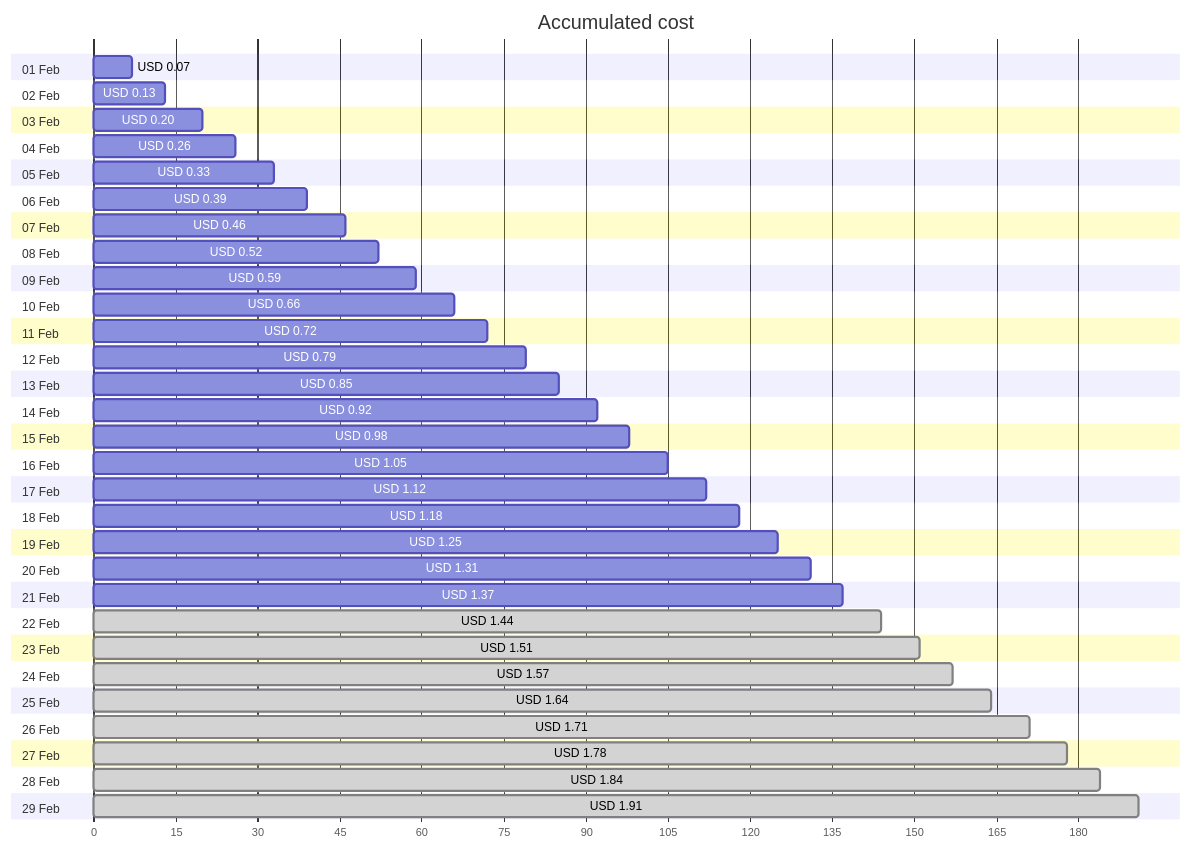
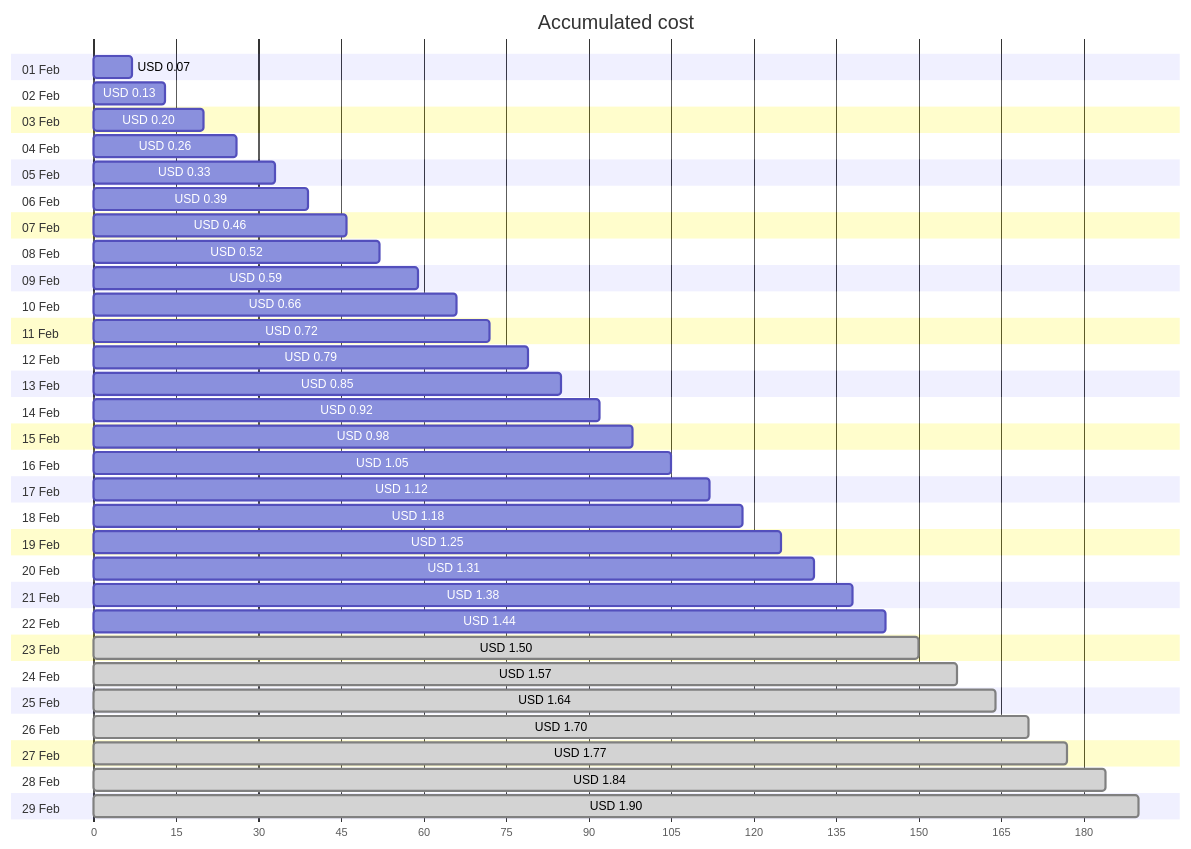
The first of 4 diagrams in cost-reports/personal-network/vpn-server_OsDisk.md (jpfulton/azure-personal-reports), drawn with Mermaid before and after one commit. The commit also changed other lines of this file and 8 other files, not shown here.

````diff
--- a/cost-reports/personal-network/vpn-server_OsDisk.md
+++ b/cost-reports/personal-network/vpn-server_OsDisk.md
@@ -20,64 +20,64 @@
 ```mermaid
 gantt
    title Accumulated cost
    dateFormat  X
    axisFormat %s
    section 01 Feb
    USD 0.07 :0, 7
    section 02 Feb
    USD 0.13 :0, 13
    section 03 Feb
    USD 0.20 :0, 20
    section 04 Feb
    USD 0.26 :0, 26
    section 05 Feb
    USD 0.33 :0, 33
    section 06 Feb
    USD 0.39 :0, 39
    section 07 Feb
    USD 0.46 :0, 46
    section 08 Feb
    USD 0.52 :0, 52
    section 09 Feb
    USD 0.59 :0, 59
    section 10 Feb
    USD 0.66 :0, 66
    section 11 Feb
    USD 0.72 :0, 72
    section 12 Feb
    USD 0.79 :0, 79
    section 13 Feb
    USD 0.85 :0, 85
    section 14 Feb
    USD 0.92 :0, 92
    section 15 Feb
    USD 0.98 :0, 98
    section 16 Feb
    USD 1.05 :0, 105
    section 17 Feb
    USD 1.12 :0, 112
    section 18 Feb
    USD 1.18 :0, 118
    section 19 Feb
    USD 1.25 :0, 125
    section 20 Feb
    USD 1.31 :0, 131
    section 21 Feb
-   USD 1.37 :0, 137
+   USD 1.38 :0, 138
    section 22 Feb
-   USD 1.44 : done, 0, 144
+   USD 1.44 :0, 144
    section 23 Feb
-   USD 1.51 : done, 0, 151
+   USD 1.50 : done, 0, 150
    section 24 Feb
    USD 1.57 : done, 0, 157
    section 25 Feb
    USD 1.64 : done, 0, 164
    section 26 Feb
-   USD 1.71 : done, 0, 171
+   USD 1.70 : done, 0, 170
    section 27 Feb
-   USD 1.78 : done, 0, 178
+   USD 1.77 : done, 0, 177
    section 28 Feb
    USD 1.84 : done, 0, 184
    section 29 Feb
-   USD 1.91 : done, 0, 191
+   USD 1.90 : done, 0, 190
 ```
````
